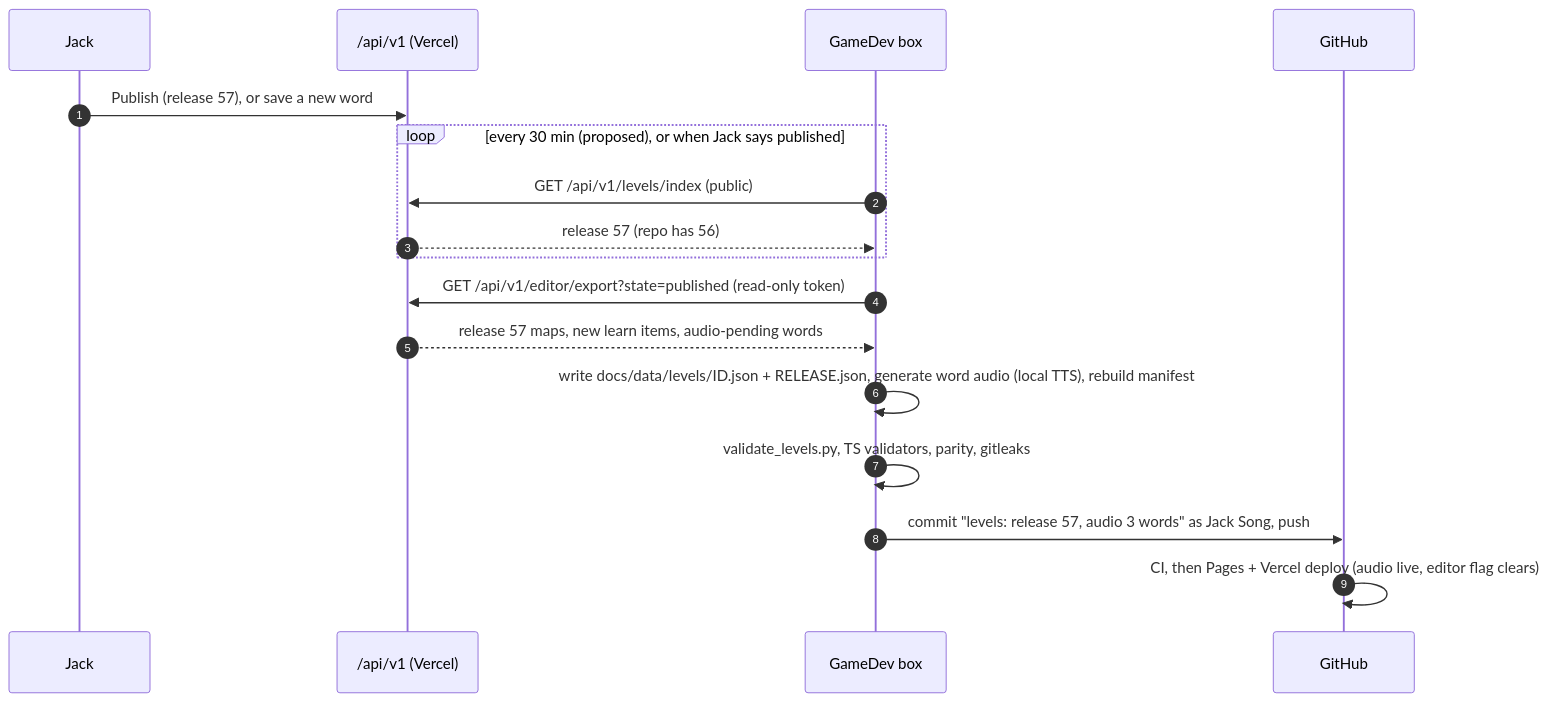
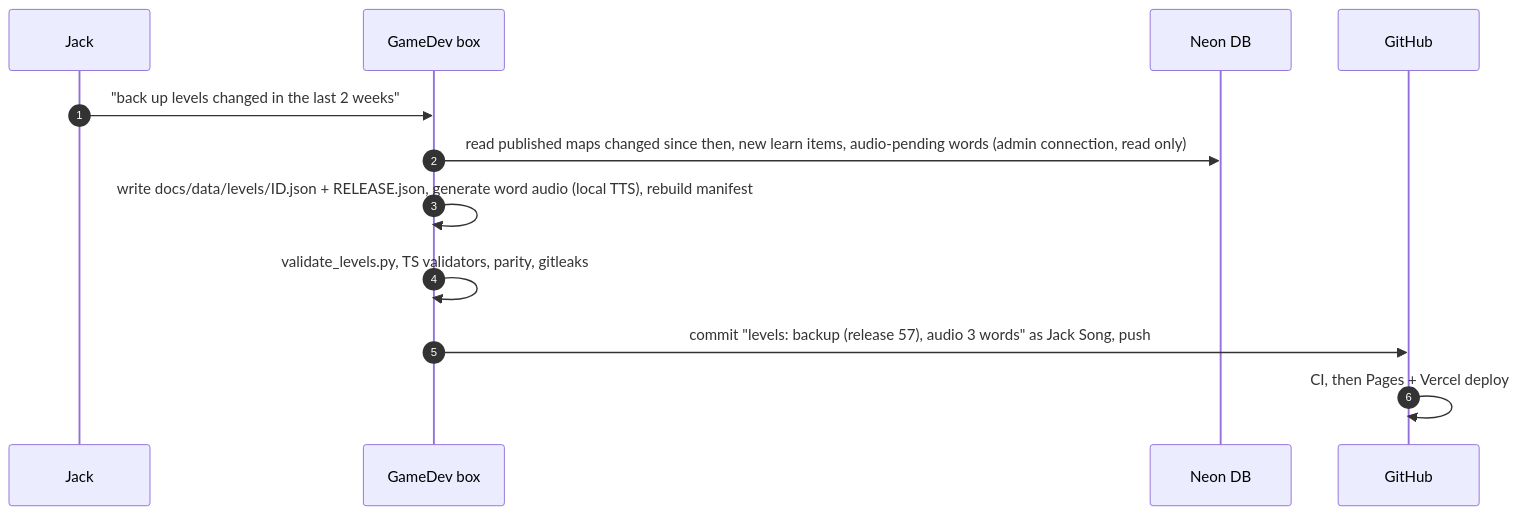
Before and after one commit to zenjax7/chinese-rpg: the sixth of 6 diagrams in docs/tech/level-editor.md, drawn with Mermaid. The commit also changed other lines of this file and 2 other files, not shown here.

Commit message:
docs: Jack's Oct 12 rules and access (boss blocks passage, enemy ATK ×1.1 in data, worked cross-map collect quest + setFlag, no auto export, GameDev admin DB policy, draft-write API key for Desy, no client secrets, Q11 reworded); CI: gitleaks on dist/

````diff
--- a/docs/tech/level-editor.md
+++ b/docs/tech/level-editor.md
@@ -748,19 +793,14 @@
 ```mermaid
 sequenceDiagram
   autonumber
   participant J as Jack
-  participant API as /api/v1 (Vercel)
   participant B as GameDev box
+  participant DB as Neon DB
   participant GH as GitHub
-  J->>API: Publish (release 57), or save a new word
-  loop every 30 min (proposed), or when Jack says published
-    B->>API: GET /api/v1/levels/index (public)
-    API-->>B: release 57 (repo has 56)
-  end
-  B->>API: GET /api/v1/editor/export?state=published (read-only token)
-  API-->>B: release 57 maps, new learn items, audio-pending words
+  J->>B: "back up levels changed in the last 2 weeks"
+  B->>DB: read published maps changed since then, new learn items, audio-pending words (admin connection, read only)
   B->>B: write docs/data/levels/ID.json + RELEASE.json, generate word audio (local TTS), rebuild manifest
   B->>B: validate_levels.py, TS validators, parity, gitleaks
-  B->>GH: commit "levels: release 57, audio 3 words" as Jack Song, push
-  GH->>GH: CI, then Pages + Vercel deploy (audio live, editor flag clears)
+  B->>GH: commit "levels: backup (release 57), audio 3 words" as Jack Song, push
+  GH->>GH: CI, then Pages + Vercel deploy
 ```
````
